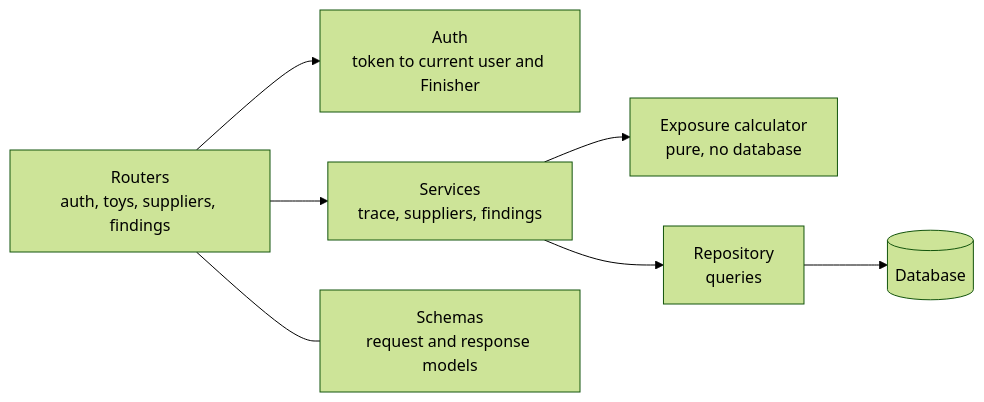
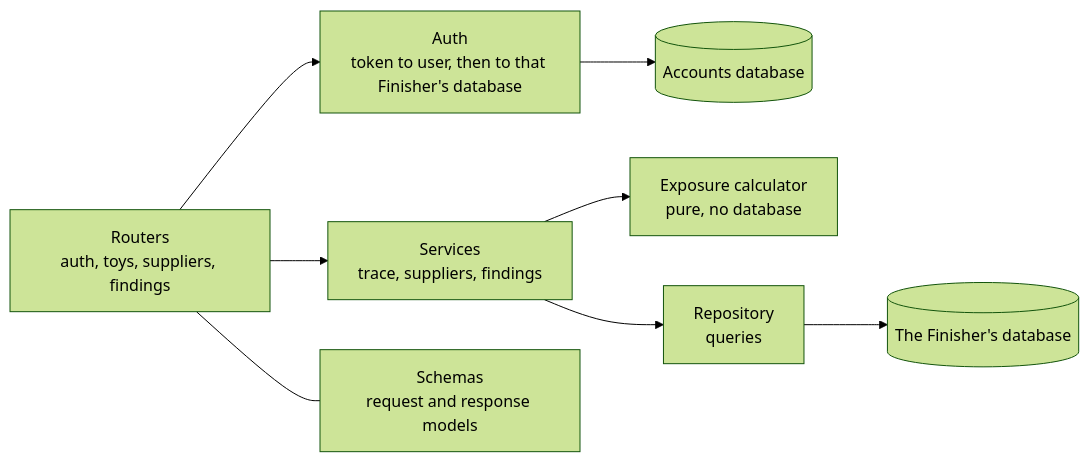
Before and after one commit to take-home-tract/FairToy: the fifth of 5 diagrams in docs/design.md, drawn with Mermaid (forest theme). The commit also changed other lines of this file and 4 other files, not shown here.

First line of the commit message:
Docs: one database per Finisher, pre-build fixes

````diff
--- a/docs/design.md
+++ b/docs/design.md
@@ -153,9 +175,10 @@
 ```mermaid
 flowchart LR
-    R[Routers<br/>auth, toys, suppliers, findings] --> A[Auth<br/>token to current user and Finisher]
+    R[Routers<br/>auth, toys, suppliers, findings] --> A[Auth<br/>token to user, then to that Finisher's database]
+    A --> ACC[(Accounts database)]
     R --> S[Services<br/>trace, suppliers, findings]
     R --- M[Schemas<br/>request and response models]
     S --> C[Exposure calculator<br/>pure, no database]
     S --> Q[Repository<br/>queries]
-    Q --> DB[(Database)]
+    Q --> DB[(The Finisher's database)]
 ```
````
